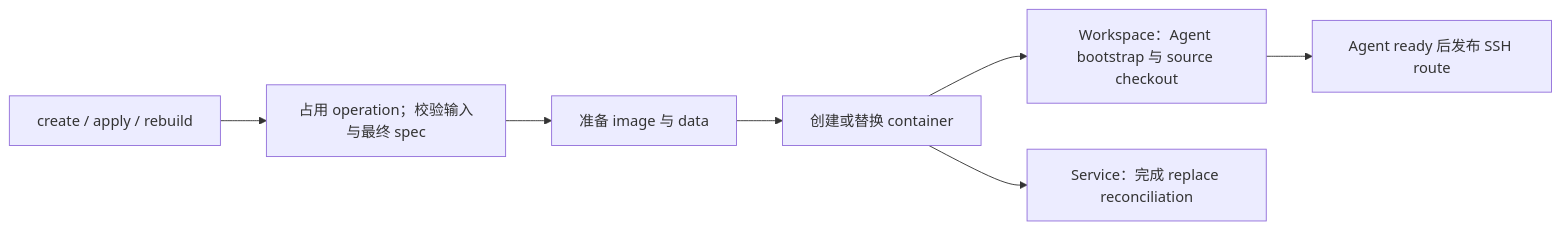
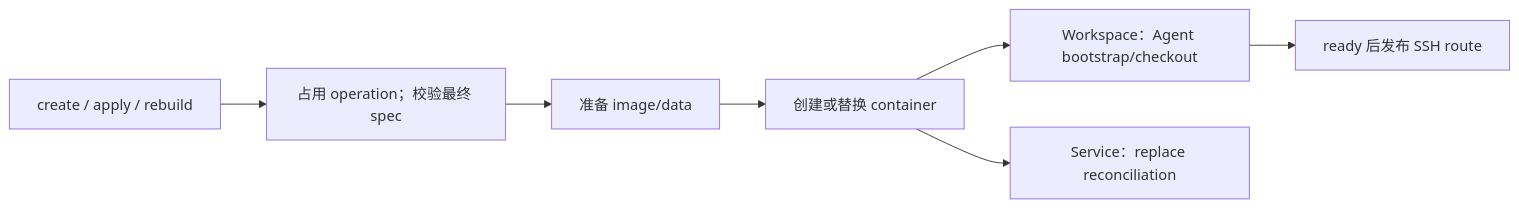
The diagram in AGENTS.md (curoky/codespace), drawn with Mermaid before and after one commit. The commit also changed other lines of this file and 13 other files, not shown here.

````diff
--- a/AGENTS.md
+++ b/AGENTS.md
@@ -71,9 +66,9 @@
 ```mermaid
 flowchart LR
-    Request["create / apply / rebuild"] --> Check["占用 operation；校验输入与最终 spec"]
-    Check --> Prepare["准备 image 与 data"]
+    Request["create / apply / rebuild"] --> Check["占用 operation；校验最终 spec"]
+    Check --> Prepare["准备 image/data"]
     Prepare --> Deploy["创建或替换 container"]
-    Deploy --> Workspace["Workspace：Agent bootstrap 与 source checkout"]
-    Workspace --> Ready["Agent ready 后发布 SSH route"]
-    Deploy --> Service["Service：完成 replace reconciliation"]
+    Deploy --> Workspace["Workspace：Agent bootstrap/checkout"]
+    Workspace --> Ready["ready 后发布 SSH route"]
+    Deploy --> Service["Service：replace reconciliation"]
 ```
````
